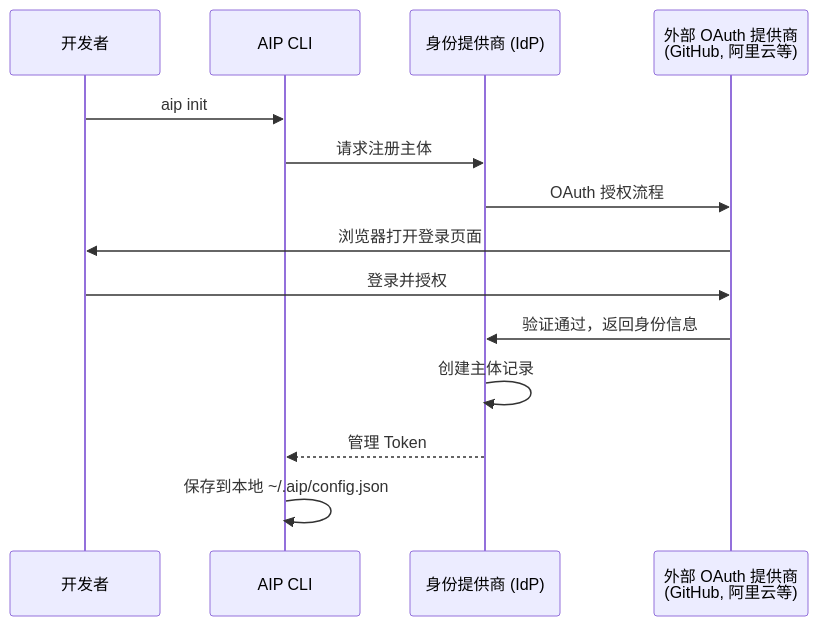
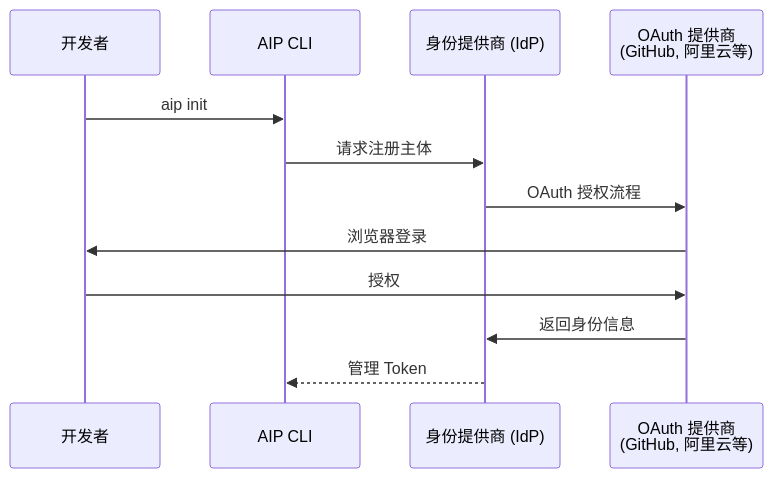
One commit to agentscope-ai/agent-identity changed the first of 3 diagrams in README.md. Above: the diagram before and after it, drawn with Mermaid. The commit also changed other lines of this file, not shown here.

````diff
--- a/README.md
+++ b/README.md
@@ -42,17 +22,15 @@
 ```mermaid
 sequenceDiagram
     participant Dev as 开发者
     participant CLI as AIP CLI
     participant IdP as 身份提供商 (IdP)
-    participant OAuth as 外部 OAuth 提供商<br/>(GitHub, 阿里云等)
+    participant OAuth as OAuth 提供商<br/>(GitHub, 阿里云等)
 
     Dev->>CLI: aip init
     CLI->>IdP: 请求注册主体
     IdP->>OAuth: OAuth 授权流程
-    OAuth->>Dev: 浏览器打开登录页面
-    Dev->>OAuth: 登录并授权
-    OAuth->>IdP: 验证通过，返回身份信息
-    IdP->>IdP: 创建主体记录
+    OAuth->>Dev: 浏览器登录
+    Dev->>OAuth: 授权
+    OAuth->>IdP: 返回身份信息
     IdP-->>CLI: 管理 Token
-    CLI->>CLI: 保存到本地 ~/.aip/config.json
 ```
````
